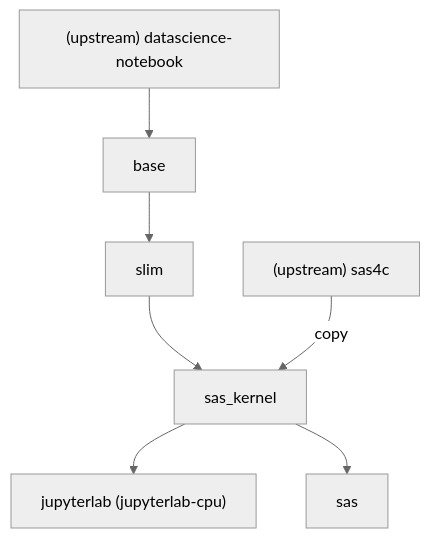
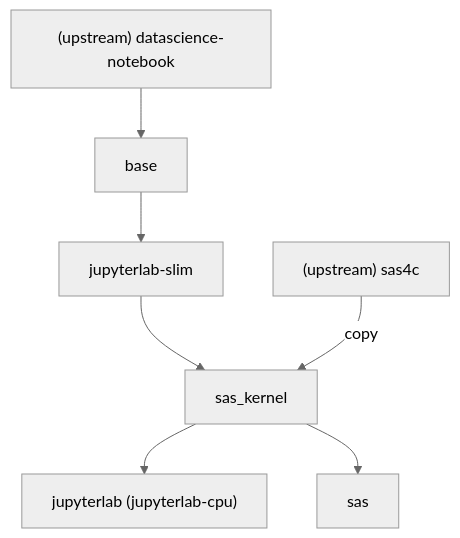
The diagram in README.md (StatCan/zone-kubeflow-containers), drawn with Mermaid (neutral theme) before and after one commit. The commit also changed other lines of this file and 19 other files, not shown here.

````diff
--- a/README.md
+++ b/README.md
@@ -46,10 +46,10 @@
 ```mermaid
 graph TD
   upstream_nb["(upstream) datascience-notebook"]
   upstream_nb --> base
-  base --> slim
-  slim --> sas_kernel
+  base --> jupyterlab-slim
+  jupyterlab-slim --> sas_kernel
   upstream_sas["(upstream) sas4c"] --> |copy|sas_kernel
   sas_kernel --> jupyterlab["jupyterlab (jupyterlab-cpu)"]
   sas_kernel --> sas
 ```
````
